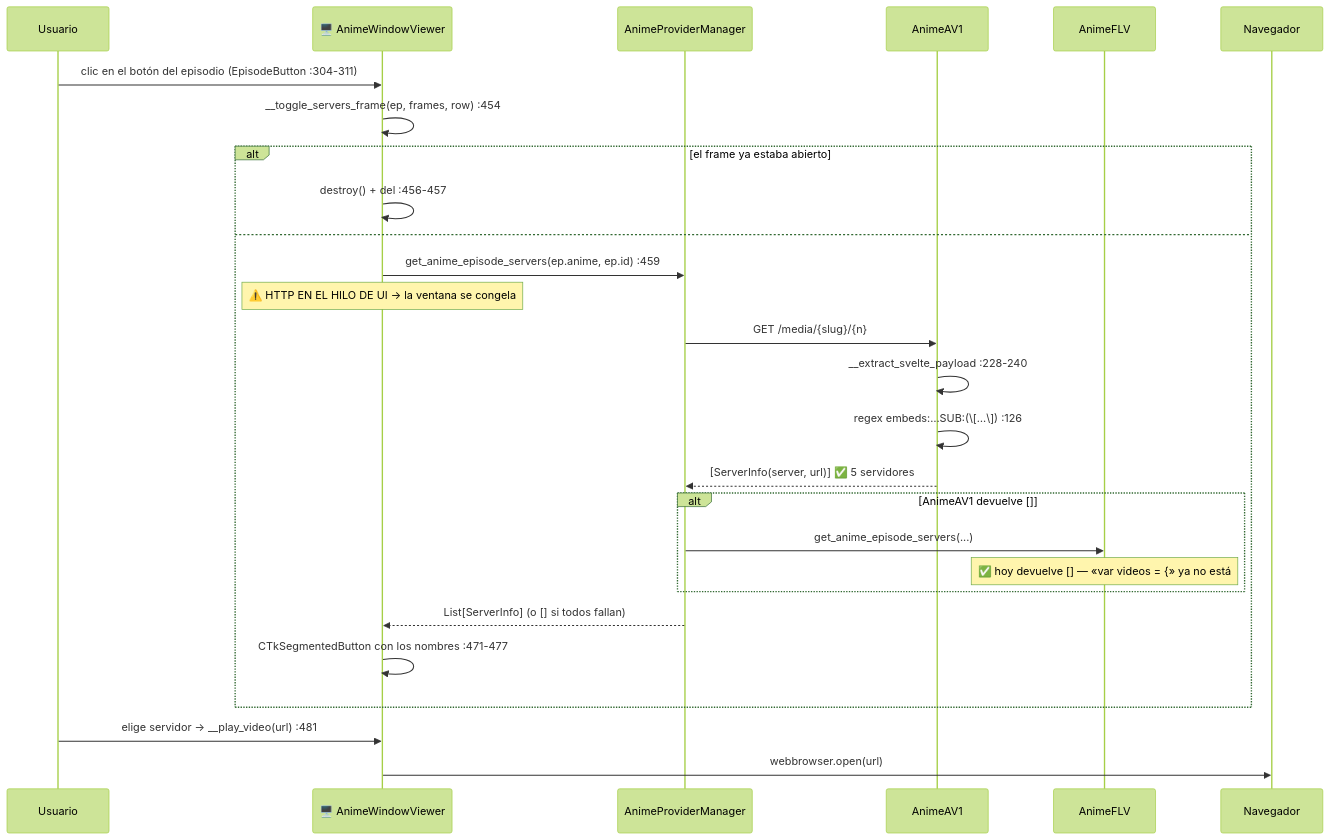
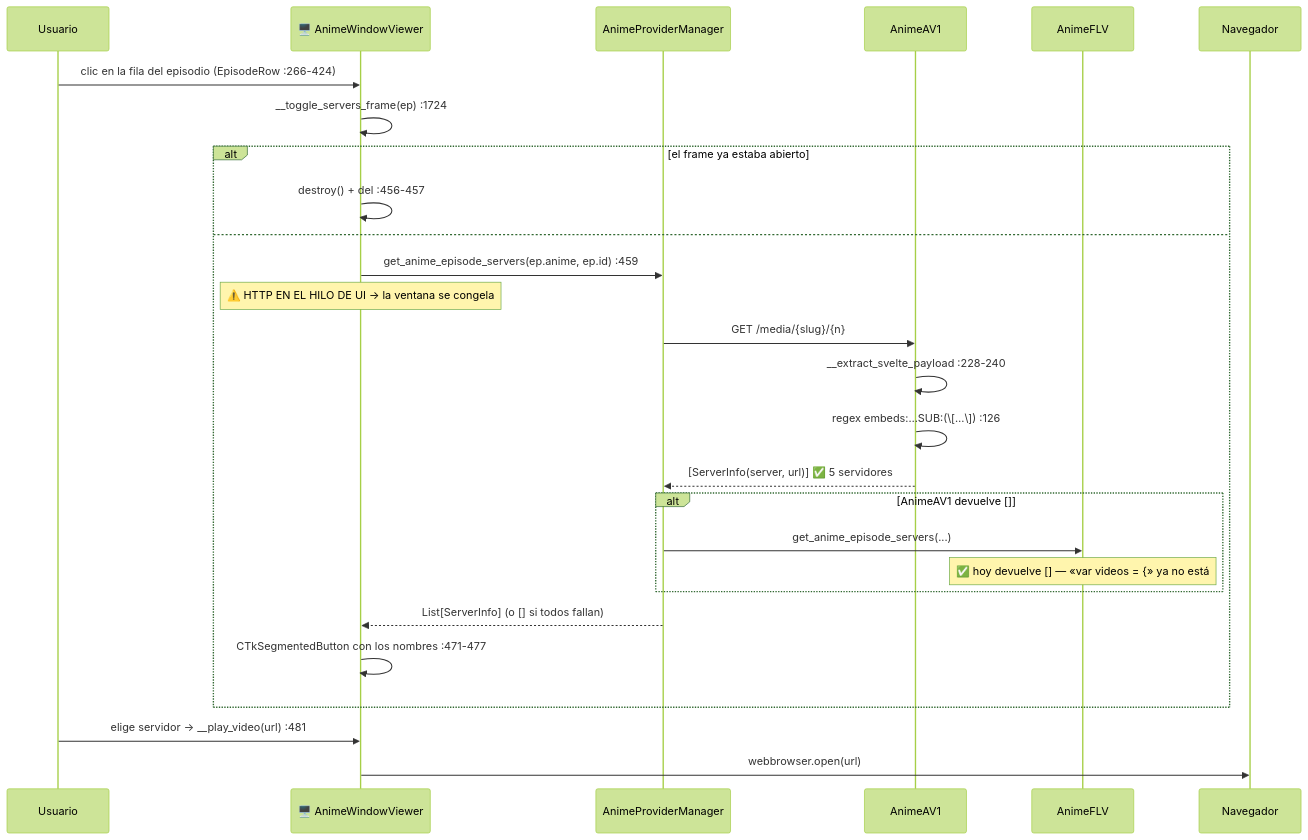
The tenth of 14 diagrams in .claude/docs/03-flujos-de-ejecucion.md (DavidEscri/BibliotecaAnime), drawn with Mermaid (forest theme) before and after one commit. The commit also changed other lines of this file and 8 other files, not shown here.

````diff
--- a/.claude/docs/03-flujos-de-ejecucion.md
+++ b/.claude/docs/03-flujos-de-ejecucion.md
@@ -447,30 +458,30 @@
 ```mermaid
 sequenceDiagram
     participant U as Usuario
     participant AW as 🖥️ AnimeWindowViewer
     participant MGR as AnimeProviderManager
     participant AV1 as AnimeAV1
     participant FLV as AnimeFLV
     participant BR as Navegador
 
-    U->>AW: clic en el botón del episodio (EpisodeButton :304-311)
-    AW->>AW: __toggle_servers_frame(ep, frames, row) :454
+    U->>AW: clic en la fila del episodio (EpisodeRow :266-424)
+    AW->>AW: __toggle_servers_frame(ep) :1724
     alt el frame ya estaba abierto
         AW->>AW: destroy() + del :456-457
     else
         AW->>MGR: get_anime_episode_servers(ep.anime, ep.id) :459
         Note over AW: ⚠️ HTTP EN EL HILO DE UI → la ventana se congela
         MGR->>AV1: GET /media/{slug}/{n}
         AV1->>AV1: __extract_svelte_payload :228-240
         AV1->>AV1: regex embeds:…SUB:(\[…\]) :126
         AV1-->>MGR: [ServerInfo(server, url)] ✅ 5 servidores
         alt AnimeAV1 devuelve []
             MGR->>FLV: get_anime_episode_servers(...)
             Note over FLV: ✅ hoy devuelve [] — «var videos = {» ya no está
         end
         MGR-->>AW: List[ServerInfo] (o [] si todos fallan)
         AW->>AW: CTkSegmentedButton con los nombres :471-477
     end
     U->>AW: elige servidor → __play_video(url) :481
     AW->>BR: webbrowser.open(url)
 ```
````
